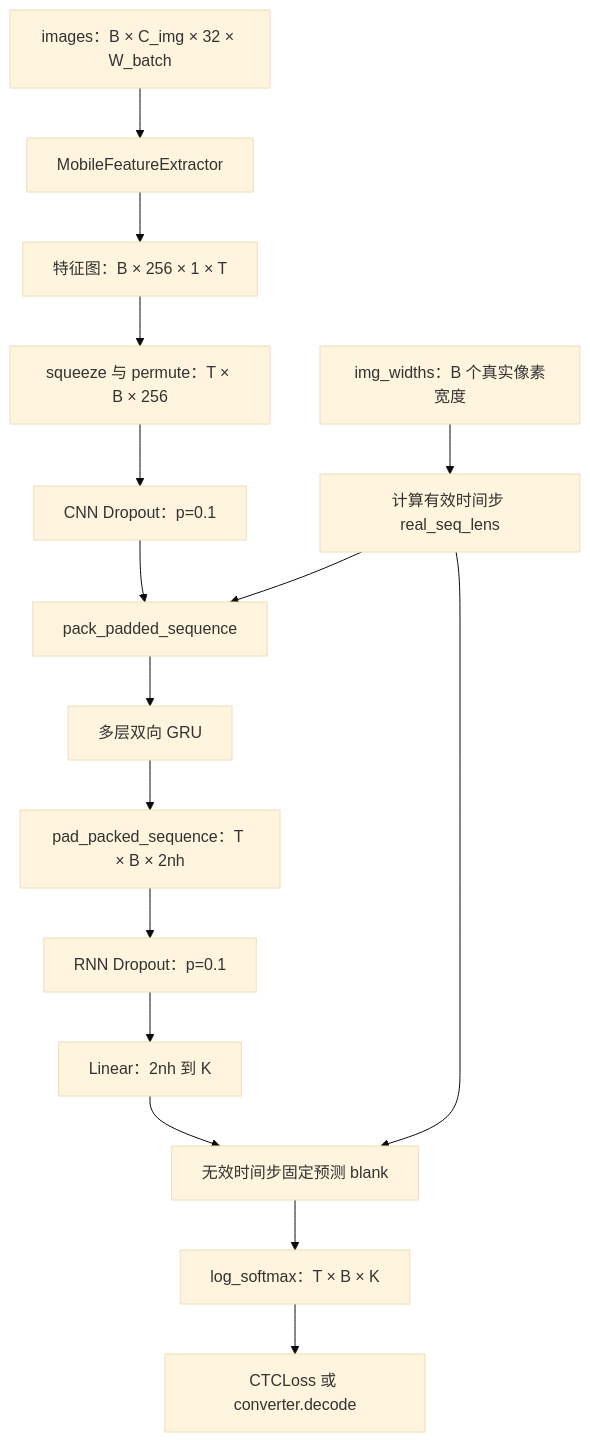
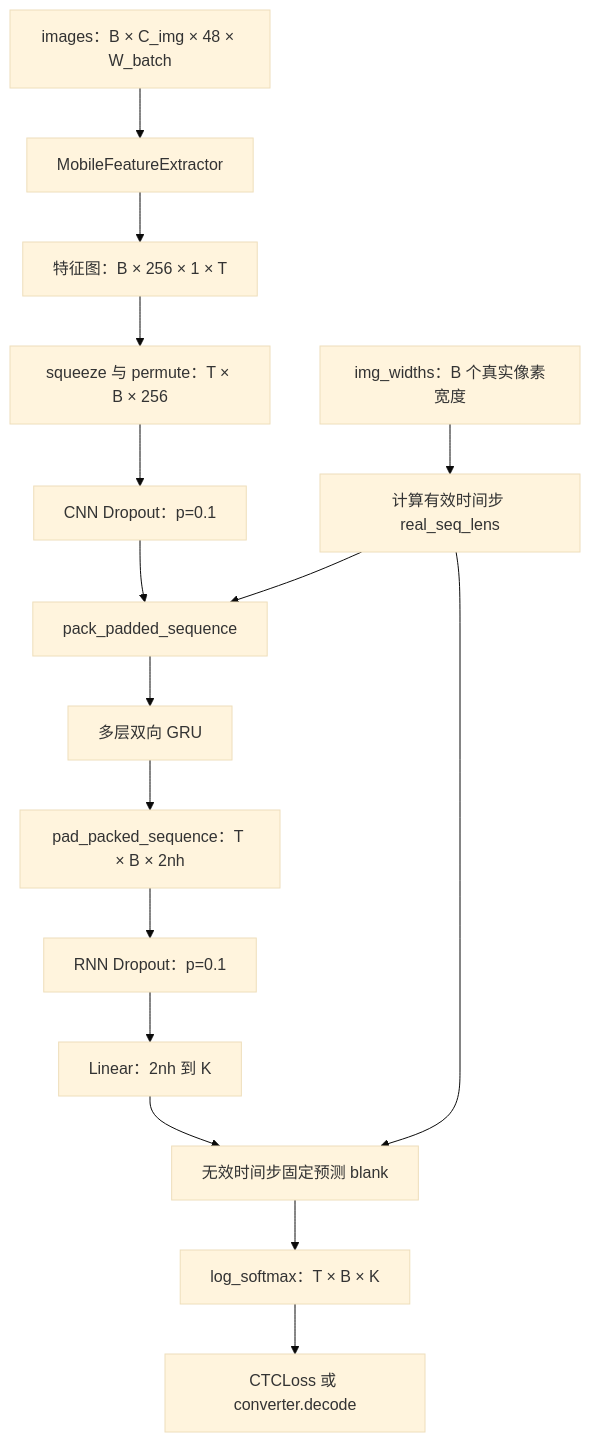
One commit to MAKENOTES/ocr-web changed the first of 2 diagrams in docs/recogniton/guides/code-walkthrough/model-analysis.md. Above: the diagram before and after it, drawn with Mermaid (base theme). The commit also changed other lines of this file and 39 other files, not shown here.

````diff
--- a/docs/recogniton/guides/code-walkthrough/model-analysis.md
+++ b/docs/recogniton/guides/code-walkthrough/model-analysis.md
@@ -45,18 +45,18 @@
 ```mermaid
 flowchart TD
-    I["images：B × C_img × 32 × W_batch"] --> CNN["MobileFeatureExtractor"]
+    I["images：B × C_img × 48 × W_batch"] --> CNN["MobileFeatureExtractor"]
     CNN --> F["特征图：B × 256 × 1 × T"]
     F --> S["squeeze 与 permute：T × B × 256"]
     S --> D1["CNN Dropout：p=0.1"]
     W["img_widths：B 个真实像素宽度"] --> LEN["计算有效时间步 real_seq_lens"]
     D1 --> PACK["pack_padded_sequence"]
     LEN --> PACK
     PACK --> GRU["多层双向 GRU"]
     GRU --> UNPACK["pad_packed_sequence：T × B × 2nh"]
     UNPACK --> D2["RNN Dropout：p=0.1"]
     D2 --> FC["Linear：2nh 到 K"]
     FC --> MASK["无效时间步固定预测 blank"]
     LEN --> MASK
     MASK --> LOG["log_softmax：T × B × K"]
     LOG --> OUT["CTCLoss 或 converter.decode"]
 ```
````
